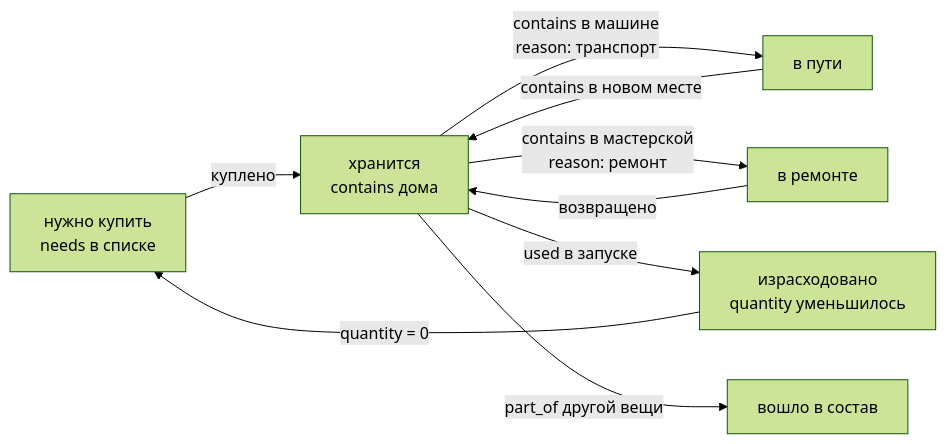
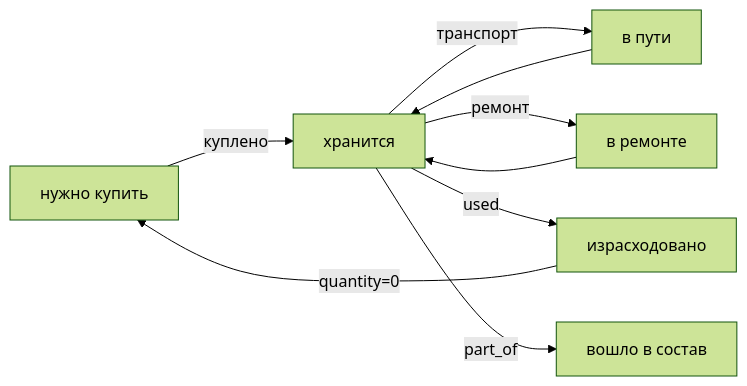
Before and after one commit to kscht/domovoy: the sixth of 7 diagrams in docs/database.md, drawn with Mermaid (forest theme). The commit also changed other lines of this file, not shown here.

````diff
--- a/docs/database.md
+++ b/docs/database.md
@@ -160,11 +194,11 @@
 ```mermaid
 graph LR
-    A[нужно купить\nneeds в списке] -->|куплено| B[хранится\ncontains дома]
-    B -->|contains в машине\nreason: транспорт| C[в пути]
-    C -->|contains в новом месте| B
-    B -->|contains в мастерской\nreason: ремонт| D[в ремонте]
-    D -->|возвращено| B
-    B -->|used в запуске| E[израсходовано\nquantity уменьшилось]
-    B -->|part_of другой вещи| F[вошло в состав]
-    E -->|quantity = 0| A
+    A[нужно купить] -->|куплено| B[хранится]
+    B -->|транспорт| C[в пути]
+    C --> B
+    B -->|ремонт| D[в ремонте]
+    D --> B
+    B -->|used| E[израсходовано]
+    B -->|part_of| F[вошло в состав]
+    E -->|quantity=0| A
 ```
````
